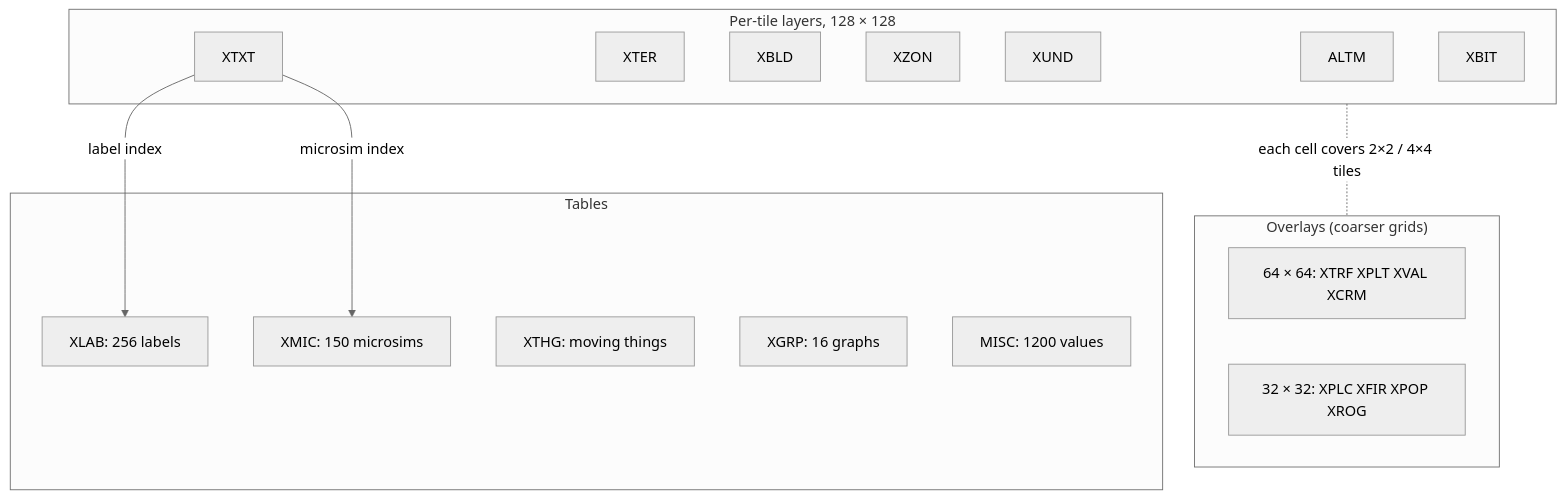
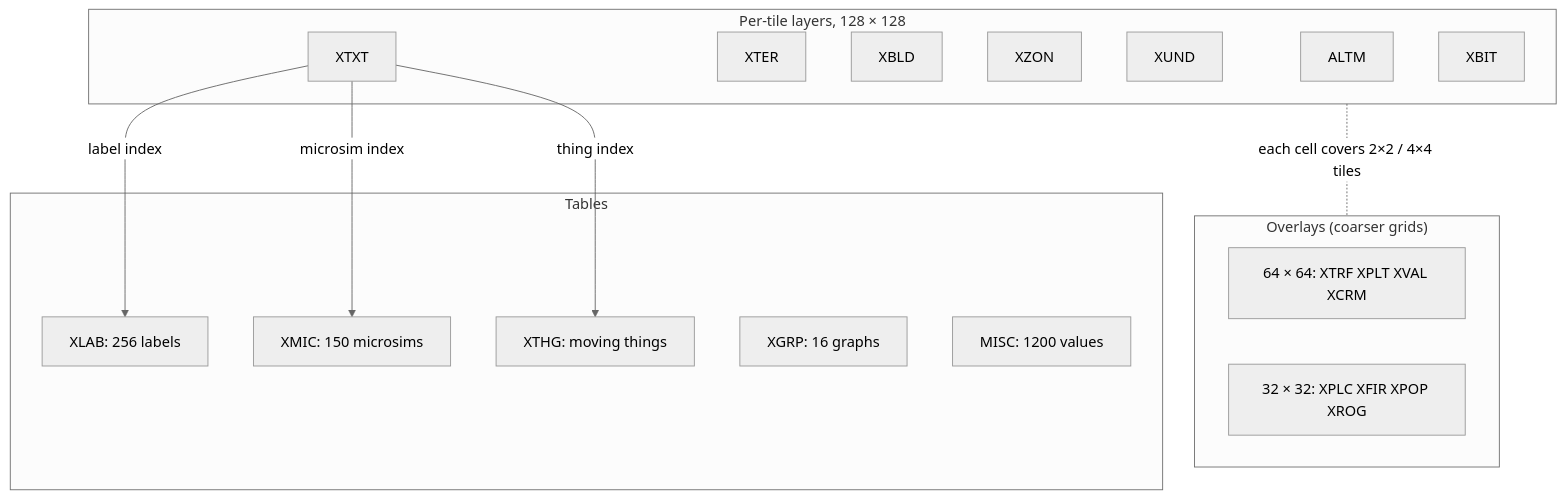
The second of 2 diagrams in docs/sc2-format/overview.md (jgosar/mine-city-2000), drawn with Mermaid (neutral theme) before and after one commit. The commit also changed other lines of this file and 19 other files, not shown here.

Commit message:
SC2 format docs, part 3: text, labels, overlays and graphs (M2) (#31)

````diff
--- a/docs/sc2-format/overview.md
+++ b/docs/sc2-format/overview.md
@@ -83,20 +83,21 @@
 ```mermaid
 flowchart TB
     subgraph tiles["Per-tile layers, 128 × 128"]
         ALTM & XTER & XBLD & XZON & XUND & XTXT & XBIT
     end
     subgraph mini["Overlays (coarser grids)"]
         m64["64 × 64: XTRF XPLT XVAL XCRM"]
         m32["32 × 32: XPLC XFIR XPOP XROG"]
     end
     subgraph tables["Tables"]
         XLAB["XLAB: 256 labels"]
         XMIC["XMIC: 150 microsims"]
         XTHG["XTHG: moving things"]
         XGRP["XGRP: 16 graphs"]
         MISC["MISC: 1200 values"]
     end
     XTXT -- "label index" --> XLAB
     XTXT -- "microsim index" --> XMIC
+    XTXT -- "thing index" --> XTHG
     tiles -. "each cell covers 2×2 / 4×4 tiles" .- mini
 ```
````
